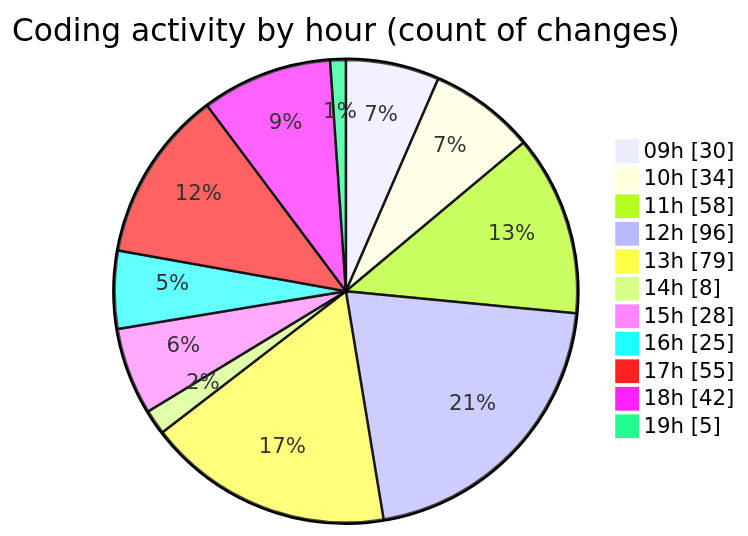
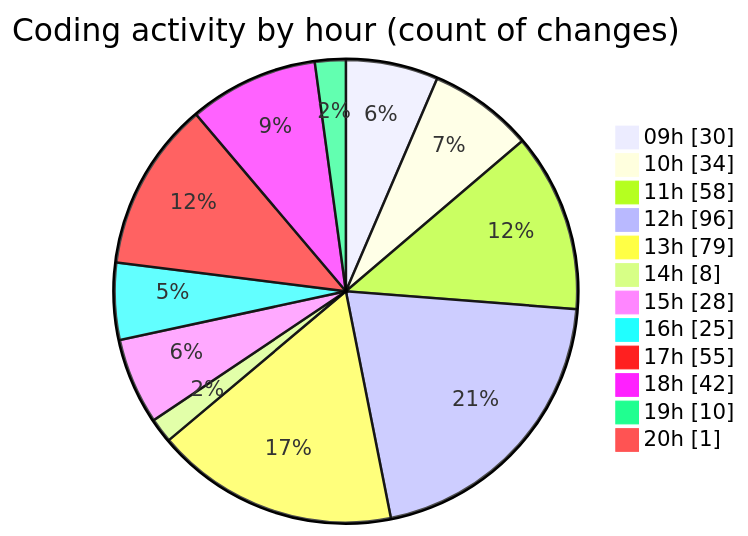
One commit to momahboobian/code-tracking changed the second of 2 diagrams in 2025-04-02/cda/README.md. Above: the diagram before and after it, drawn with Mermaid. The commit also changed other lines of this file and 1 other file, not shown here.

````diff
--- a/2025-04-02/cda/README.md
+++ b/2025-04-02/cda/README.md
@@ -40,15 +40,16 @@
 ```mermaid
 pie showData
 title Coding activity by hour (count of changes)
 "09h" : 30
 "10h" : 34
 "11h" : 58
 "12h" : 96
 "13h" : 79
 "14h" : 8
 "15h" : 28
 "16h" : 25
 "17h" : 55
 "18h" : 42
-"19h" : 5
+"19h" : 10
+"20h" : 1
 ```
````
